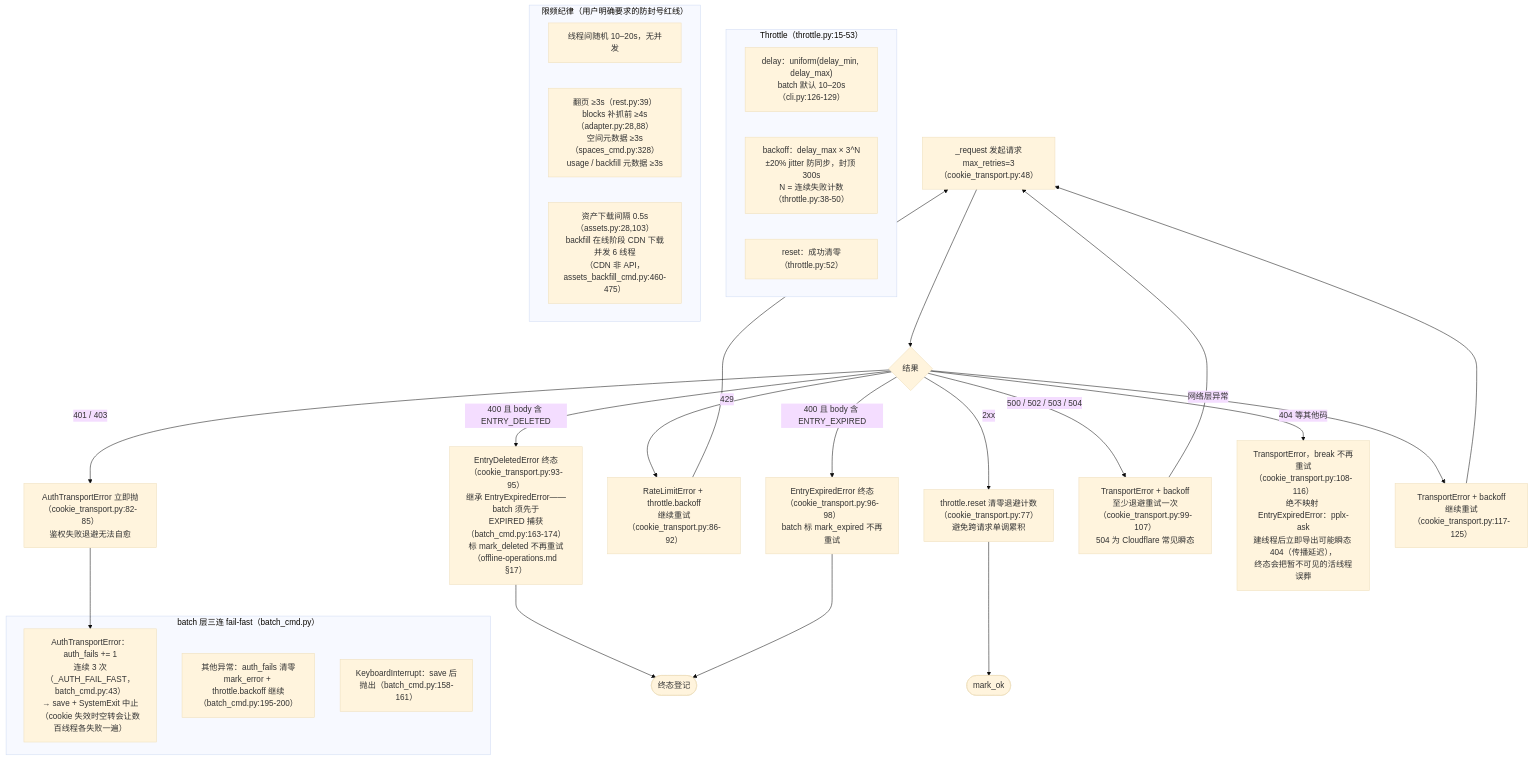
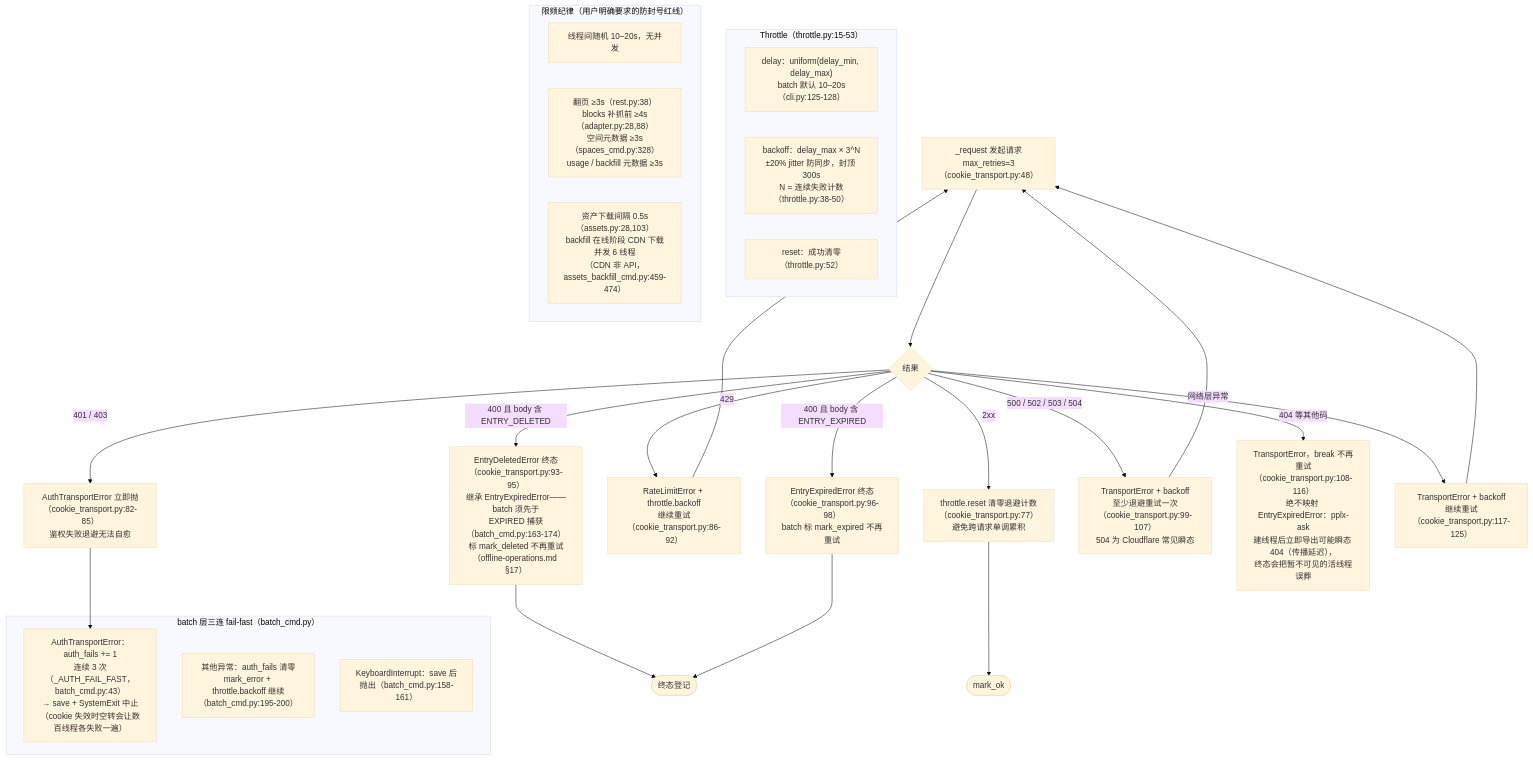
Before and after one commit to Yiksing/pplx-tools: the diagram in docs/architecture/rate-limiting-errors.zh-CN.md, drawn with Mermaid (base theme). The commit also changed other lines of this file and 54 other files, not shown here.

````diff
--- a/docs/architecture/rate-limiting-errors.zh-CN.md
+++ b/docs/architecture/rate-limiting-errors.zh-CN.md
@@ -8,38 +8,38 @@
 ```mermaid
 flowchart TD
     REQ["_request 发起请求<br/>max_retries=3（cookie_transport.py:48）"] --> R{结果}
     R -->|"2xx"| OK["throttle.reset 清零退避计数<br/>（cookie_transport.py:77）<br/>避免跨请求单调累积"]
     R -->|"401 / 403"| AUTH["AuthTransportError 立即抛<br/>（cookie_transport.py:82-85）<br/>鉴权失败退避无法自愈"]
     R -->|"429"| RL["RateLimitError + throttle.backoff<br/>继续重试（cookie_transport.py:86-92）"]
     R -->|"400 且 body 含 ENTRY_DELETED"| DEL["EntryDeletedError 终态（cookie_transport.py:93-95）<br/>继承 EntryExpiredError——batch 须先于<br/>EXPIRED 捕获（batch_cmd.py:163-174）<br/>标 mark_deleted 不再重试（offline-operations.md §17）"]
     R -->|"400 且 body 含 ENTRY_EXPIRED"| EXP["EntryExpiredError 终态<br/>（cookie_transport.py:96-98）<br/>batch 标 mark_expired 不再重试"]
     R -->|"500 / 502 / 503 / 504"| S5["TransportError + backoff<br/>至少退避重试一次（cookie_transport.py:99-107）<br/>504 为 Cloudflare 常见瞬态"]
     R -->|"404 等其他码"| NF["TransportError，break 不再重试<br/>（cookie_transport.py:108-116）<br/>绝不映射 EntryExpiredError：pplx-ask<br/>建线程后立即导出可能瞬态 404（传播延迟），<br/>终态会把暂不可见的活线程误葬"]
     R -->|"网络层异常"| NET["TransportError + backoff<br/>继续重试（cookie_transport.py:117-125）"]
     RL --> REQ
     S5 --> REQ
     NET --> REQ
 
     subgraph THR["Throttle（throttle.py:15-53）"]
-        D1["delay：uniform(delay_min, delay_max)<br/>batch 默认 10–20s（cli.py:126-129）"]
+        D1["delay：uniform(delay_min, delay_max)<br/>batch 默认 10–20s（cli.py:125-128）"]
         D2["backoff：delay_max × 3^N<br/>±20% jitter 防同步，封顶 300s<br/>N = 连续失败计数（throttle.py:38-50）"]
         D3["reset：成功清零（throttle.py:52）"]
     end
 
     subgraph BF["batch 层三连 fail-fast（batch_cmd.py）"]
         F1["AuthTransportError：auth_fails += 1<br/>连续 3 次（_AUTH_FAIL_FAST，batch_cmd.py:43）<br/>→ save + SystemExit 中止<br/>（cookie 失效时空转会让数百线程各失败一遍）"]
         F2["其他异常：auth_fails 清零<br/>mark_error + throttle.backoff 继续（batch_cmd.py:195-200）"]
         F3["KeyboardInterrupt：save 后抛出（batch_cmd.py:158-161）"]
     end
 
     AUTH --> F1
     DEL --> DONE1
     EXP --> DONE1(["终态登记"])
     OK --> DONE2(["mark_ok"])
 
     subgraph LIM["限频纪律（用户明确要求的防封号红线）"]
         L1["线程间随机 10–20s，无并发"]
-        L2["翻页 ≥3s（rest.py:39）<br/>blocks 补抓前 ≥4s（adapter.py:28,88）<br/>空间元数据 ≥3s（spaces_cmd.py:328）<br/>usage / backfill 元数据 ≥3s"]
-        L3["资产下载间隔 0.5s（assets.py:28,103）<br/>backfill 在线阶段 CDN 下载并发 6 线程<br/>（CDN 非 API，assets_backfill_cmd.py:460-475）"]
+        L2["翻页 ≥3s（rest.py:38）<br/>blocks 补抓前 ≥4s（adapter.py:28,88）<br/>空间元数据 ≥3s（spaces_cmd.py:328）<br/>usage / backfill 元数据 ≥3s"]
+        L3["资产下载间隔 0.5s（assets.py:28,103）<br/>backfill 在线阶段 CDN 下载并发 6 线程<br/>（CDN 非 API，assets_backfill_cmd.py:459-474）"]
     end
 ```
````
